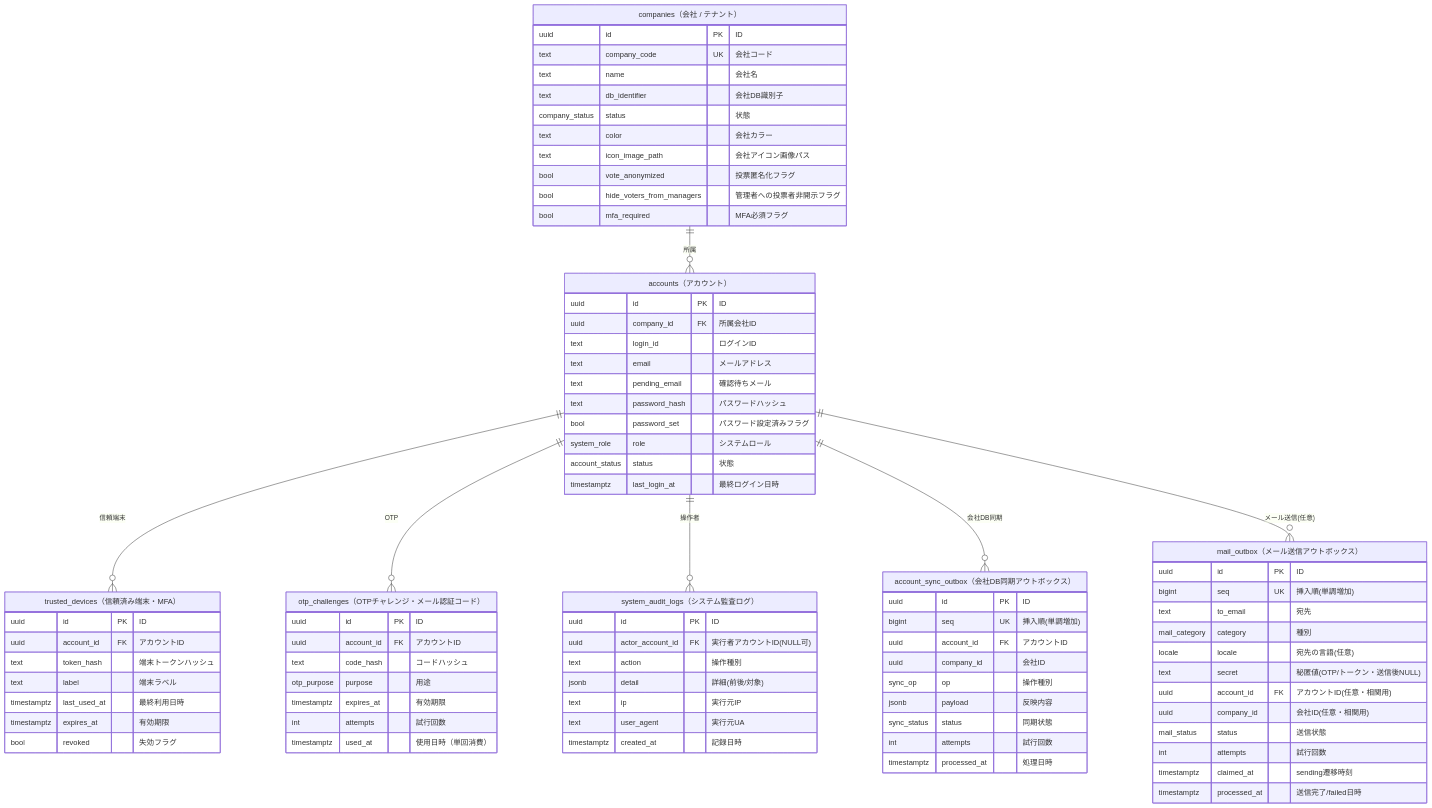
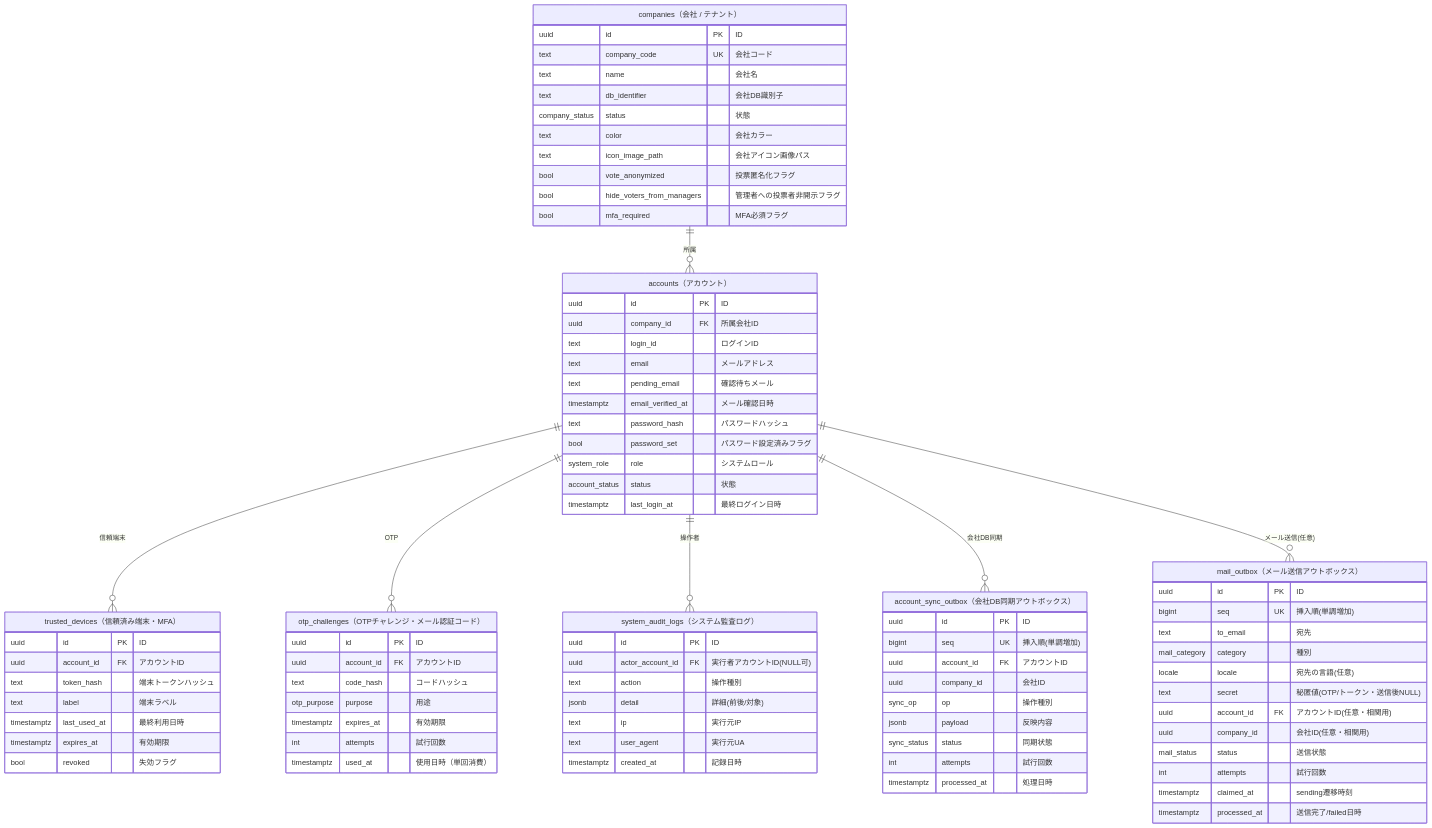
The second of 4 diagrams in doc/データモデル.md (t-umekawa-sc/sc-ideaquest-G2), drawn with Mermaid before and after one commit. The commit also changed other lines of this file and 6 other files, not shown here.

```diff
--- a/doc/データモデル.md
+++ b/doc/データモデル.md
@@ -181,6 +181,7 @@
     text login_id "ログインID"
     text email "メールアドレス"
     text pending_email "確認待ちメール"
+    timestamptz email_verified_at "メール確認日時"
     text password_hash "パスワードハッシュ"
     bool password_set "パスワード設定済みフラグ"
     system_role role "システムロール"
```
